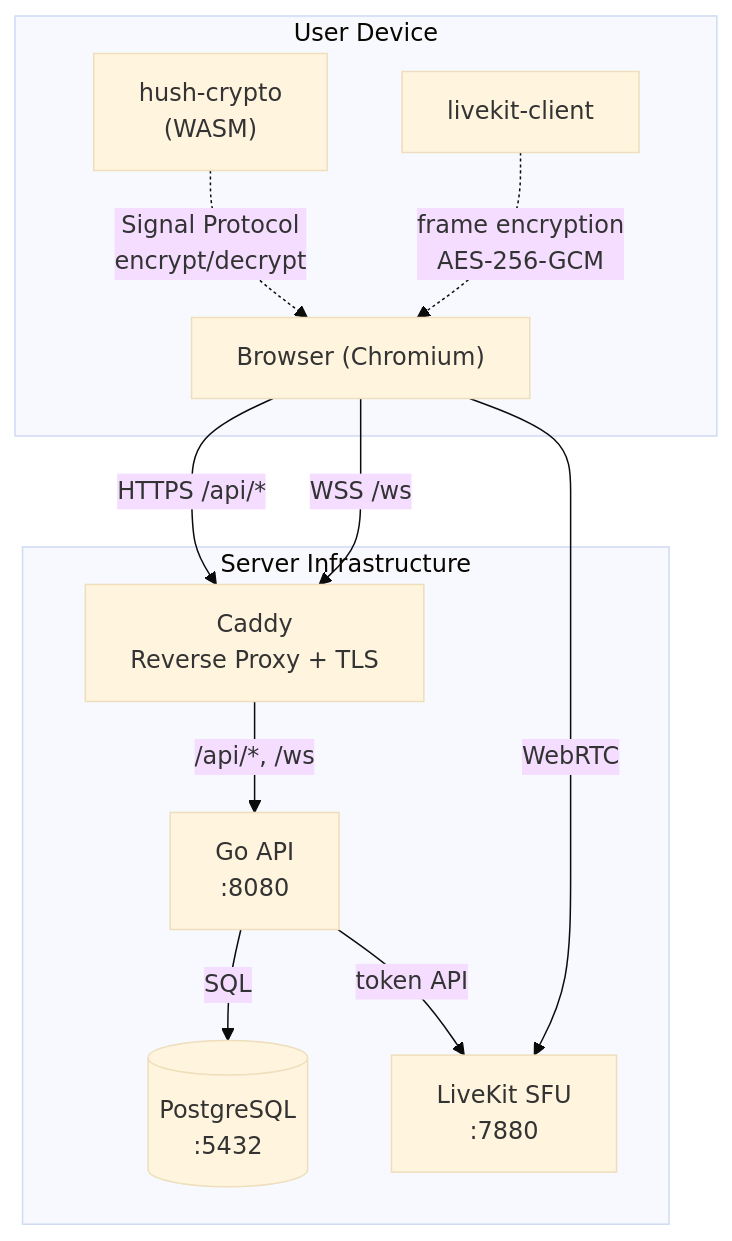
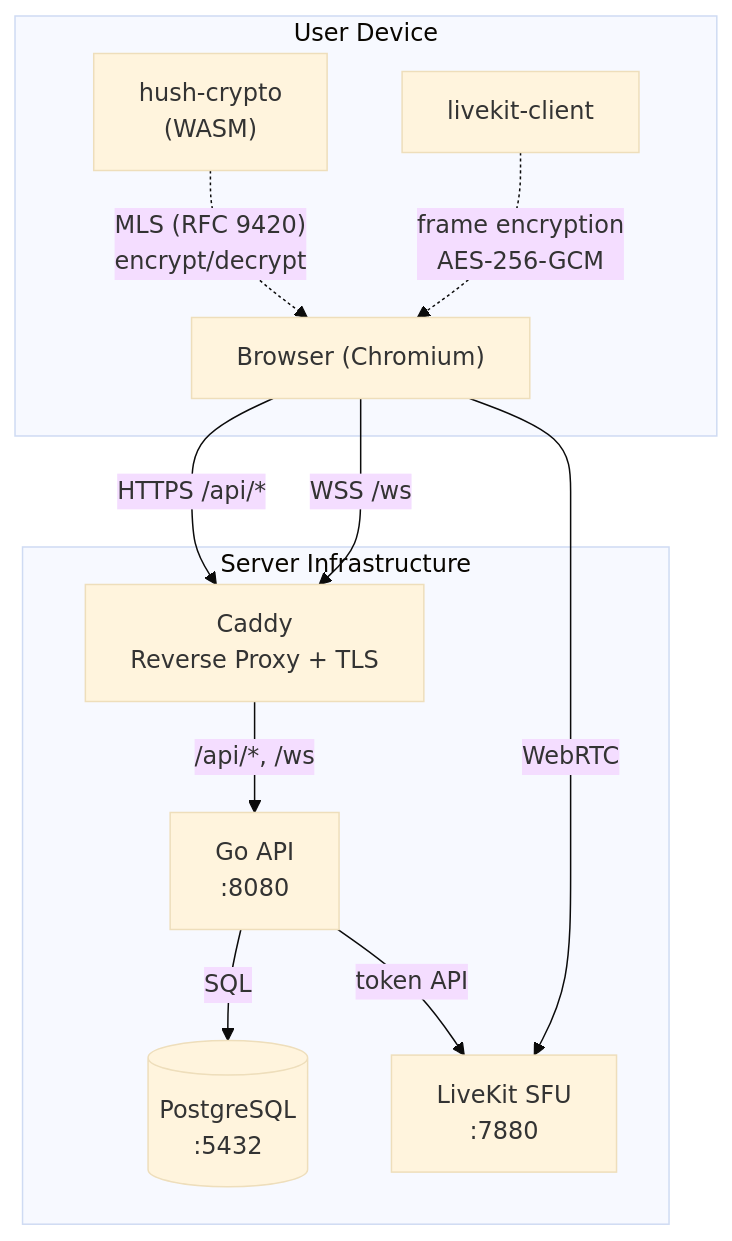
One commit to YarinCardillo/hush-app changed the second of 6 diagrams in docs/SETUP.md. Above: the diagram before and after it, drawn with Mermaid (base theme). The commit also changed other lines of this file and 2 other files, not shown here.

First line of the commit message:
docs: update README, SETUP, MLS_MIGRATION to reflect completed MLS migration and Phase O

````diff
--- a/docs/SETUP.md
+++ b/docs/SETUP.md
@@ -289,24 +289,24 @@
 ```mermaid
 graph TB
   subgraph "User Device"
     Browser["Browser (Chromium)"]
     WASM["hush-crypto<br/>(WASM)"]
     LKClient["livekit-client"]
   end
 
   subgraph "Server Infrastructure"
     Caddy["Caddy<br/>Reverse Proxy + TLS"]
     GoAPI["Go API<br/>:8080"]
     PG[("PostgreSQL<br/>:5432")]
     LiveKit["LiveKit SFU<br/>:7880"]
   end
 
   Browser -->|"HTTPS /api/*"| Caddy
   Browser -->|"WSS /ws"| Caddy
   Browser -->|"WebRTC"| LiveKit
   Caddy -->|"/api/*, /ws"| GoAPI
   GoAPI -->|SQL| PG
   GoAPI -->|"token API"| LiveKit
-  WASM -.->|"Signal Protocol<br/>encrypt/decrypt"| Browser
+  WASM -.->|"MLS (RFC 9420)<br/>encrypt/decrypt"| Browser
   LKClient -.->|"frame encryption<br/>AES-256-GCM"| Browser
 ```
````
